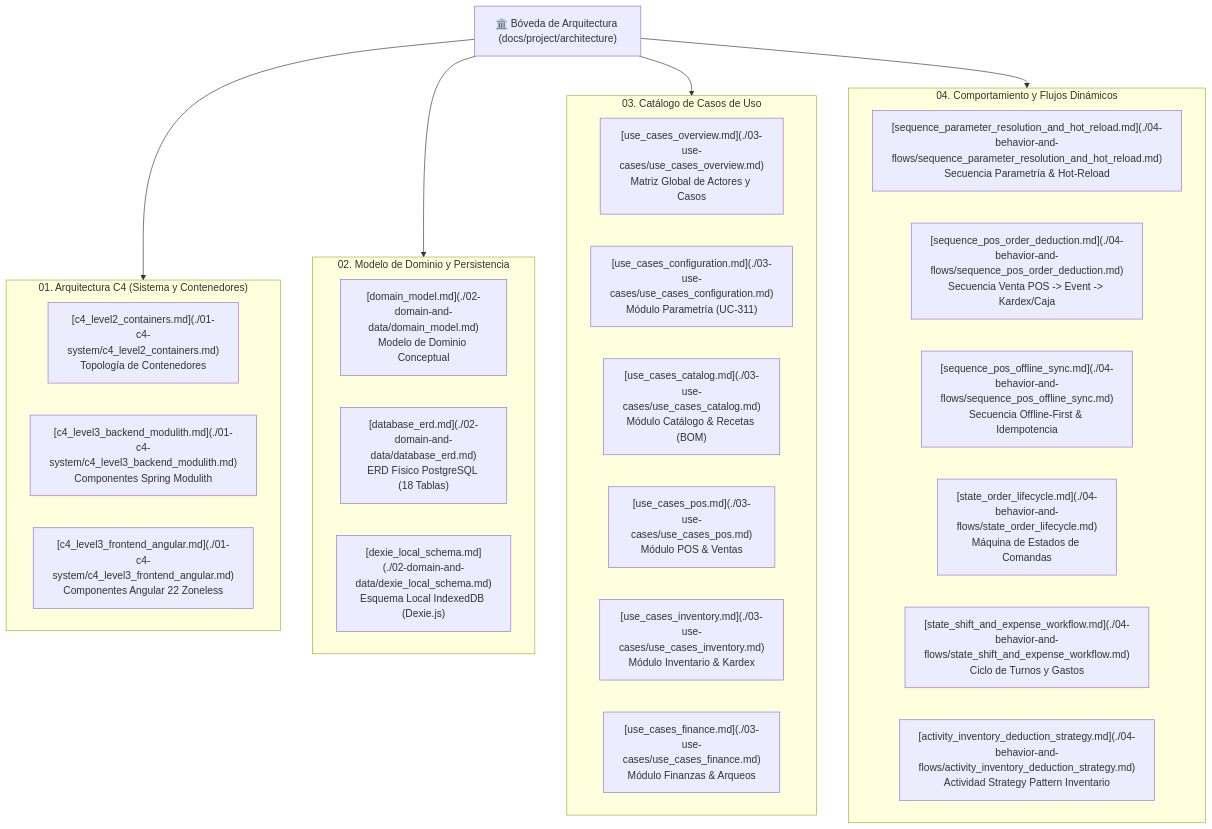
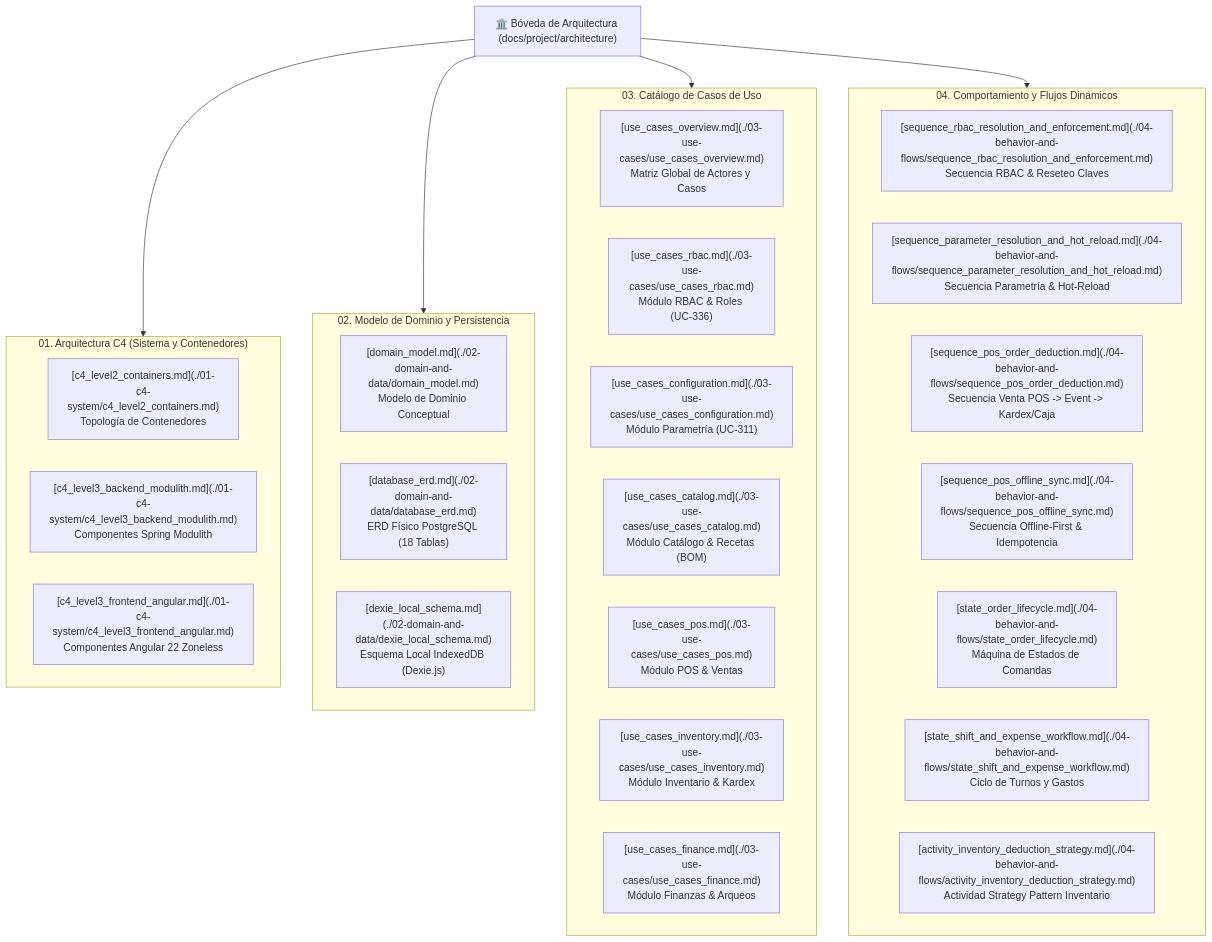
One commit to vakajose/gestion-restaurante changed the diagram in docs/project/architecture/README.md. Above: the diagram before and after it, drawn with Mermaid. The commit also changed other lines of this file and 14 other files, not shown here.

Commit message:
docs(architecture): formalizar especificacion y diagramas de rbac y roles dinamicos (TASK-336)

````diff
--- a/docs/project/architecture/README.md
+++ b/docs/project/architecture/README.md
@@ -30,39 +30,41 @@
 ```mermaid
 graph TD
     Root["🏛️ Bóveda de Arquitectura (docs/project/architecture)"]
 
     subgraph SecC4["01. Arquitectura C4 (Sistema y Contenedores)"]
         C4_Cont["[c4_level2_containers.md](./01-c4-system/c4_level2_containers.md)<br/>Topología de Contenedores"]
         C4_Back["[c4_level3_backend_modulith.md](./01-c4-system/c4_level3_backend_modulith.md)<br/>Componentes Spring Modulith"]
         C4_Front["[c4_level3_frontend_angular.md](./01-c4-system/c4_level3_frontend_angular.md)<br/>Componentes Angular 22 Zoneless"]
     end
 
     subgraph SecData["02. Modelo de Dominio y Persistencia"]
         Dom_Model["[domain_model.md](./02-domain-and-data/domain_model.md)<br/>Modelo de Dominio Conceptual"]
         DB_ERD["[database_erd.md](./02-domain-and-data/database_erd.md)<br/>ERD Físico PostgreSQL (18 Tablas)"]
         Dexie_Schema["[dexie_local_schema.md](./02-domain-and-data/dexie_local_schema.md)<br/>Esquema Local IndexedDB (Dexie.js)"]
     end
 
     subgraph SecUC["03. Catálogo de Casos de Uso"]
         UC_Over["[use_cases_overview.md](./03-use-cases/use_cases_overview.md)<br/>Matriz Global de Actores y Casos"]
+        UC_RBAC["[use_cases_rbac.md](./03-use-cases/use_cases_rbac.md)<br/>Módulo RBAC & Roles (UC-336)"]
         UC_Config["[use_cases_configuration.md](./03-use-cases/use_cases_configuration.md)<br/>Módulo Parametría (UC-311)"]
         UC_Cat["[use_cases_catalog.md](./03-use-cases/use_cases_catalog.md)<br/>Módulo Catálogo & Recetas (BOM)"]
         UC_POS["[use_cases_pos.md](./03-use-cases/use_cases_pos.md)<br/>Módulo POS & Ventas"]
         UC_Inv["[use_cases_inventory.md](./03-use-cases/use_cases_inventory.md)<br/>Módulo Inventario & Kardex"]
         UC_Fin["[use_cases_finance.md](./03-use-cases/use_cases_finance.md)<br/>Módulo Finanzas & Arqueos"]
     end
 
     subgraph SecBeh["04. Comportamiento y Flujos Dinámicos"]
+        Seq_RBAC["[sequence_rbac_resolution_and_enforcement.md](./04-behavior-and-flows/sequence_rbac_resolution_and_enforcement.md)<br/>Secuencia RBAC & Reseteo Claves"]
         Seq_Param["[sequence_parameter_resolution_and_hot_reload.md](./04-behavior-and-flows/sequence_parameter_resolution_and_hot_reload.md)<br/>Secuencia Parametría & Hot-Reload"]
         Seq_POS_Deduct["[sequence_pos_order_deduction.md](./04-behavior-and-flows/sequence_pos_order_deduction.md)<br/>Secuencia Venta POS -> Event -> Kardex/Caja"]
         Seq_Offline["[sequence_pos_offline_sync.md](./04-behavior-and-flows/sequence_pos_offline_sync.md)<br/>Secuencia Offline-First & Idempotencia"]
         State_Order["[state_order_lifecycle.md](./04-behavior-and-flows/state_order_lifecycle.md)<br/>Máquina de Estados de Comandas"]
         State_Shift["[state_shift_and_expense_workflow.md](./04-behavior-and-flows/state_shift_and_expense_workflow.md)<br/>Ciclo de Turnos y Gastos"]
         Act_Strategy["[activity_inventory_deduction_strategy.md](./04-behavior-and-flows/activity_inventory_deduction_strategy.md)<br/>Actividad Strategy Pattern Inventario"]
     end
 
     Root --> SecC4
     Root --> SecData
     Root --> SecUC
     Root --> SecBeh
 ```
````
